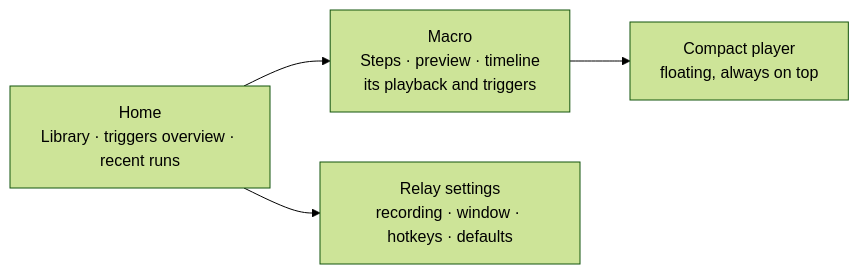
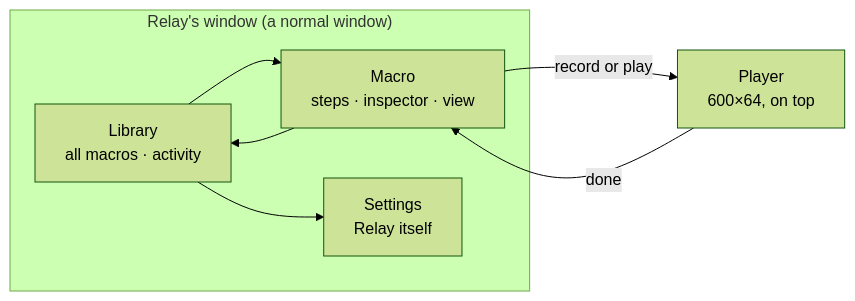
One commit to HappyRave/Relay changed the third of 3 diagrams in docs/design/ux-research-panel.md. Above: the diagram before and after it, drawn with Mermaid (forest theme). The commit also changed other lines of this file, not shown here.

````diff
--- a/docs/design/ux-research-panel.md
+++ b/docs/design/ux-research-panel.md
@@ -1056,6 +1070,14 @@
 ```mermaid
 flowchart LR
-  Home["Home<br/>Library · triggers overview · recent runs"] --> Macro["Macro<br/>Steps · preview · timeline<br/>its playback and triggers"]
-  Macro --> Player["Compact player<br/>floating, always on top"]
-  Home --> Prefs["Relay settings<br/>recording · window · hotkeys · defaults"]
+  subgraph Window["Relay's window (a normal window)"]
+    Lib["Library<br/>all macros · activity"]
+    Mac["Macro<br/>steps · inspector · view"]
+    Set["Settings<br/>Relay itself"]
+    Lib --> Mac
+    Lib --> Set
+    Mac --> Lib
+  end
+  Player["Player<br/>600×64, on top"]
+  Mac -- "record or play" --> Player
+  Player -- "done" --> Mac
 ```
````
